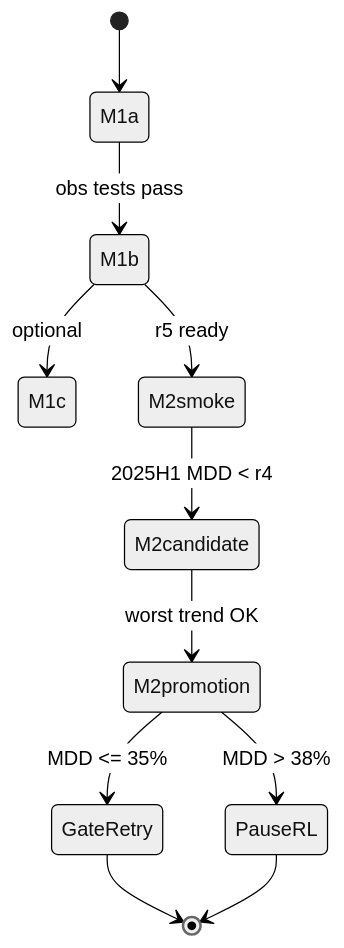
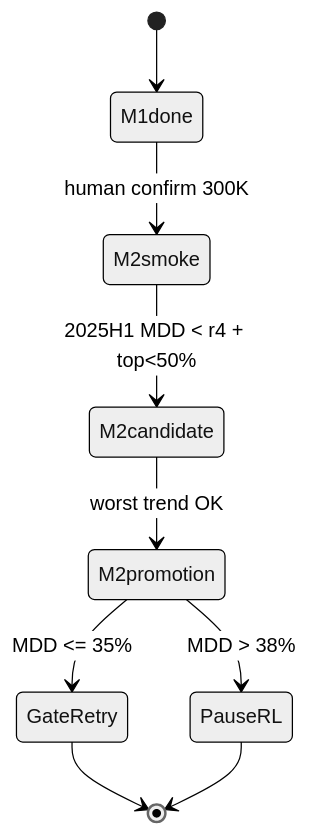
Before and after one commit to huanyan20/cp: the diagram in docs/RESEARCH_LOOP.md, drawn with Mermaid (neutral theme). The commit also changed other lines of this file and 8 other files, not shown here.

````diff
--- a/docs/RESEARCH_LOOP.md
+++ b/docs/RESEARCH_LOOP.md
@@ -109,13 +109,11 @@
 ```mermaid
 stateDiagram-v2
-    [*] --> M1a
-    M1a --> M1b: obs tests pass
-    M1b --> M1c: optional
-    M1b --> M2smoke: r5 ready
-    M2smoke --> M2candidate: 2025H1 MDD < r4
+    [*] --> M1done
+    M1done --> M2smoke: human confirm 300K
+    M2smoke --> M2candidate: 2025H1 MDD < r4 + top<50%
     M2candidate --> M2promotion: worst trend OK
     M2promotion --> GateRetry: MDD <= 35%
     M2promotion --> PauseRL: MDD > 38%
     GateRetry --> [*]
     PauseRL --> [*]
 ```
````
